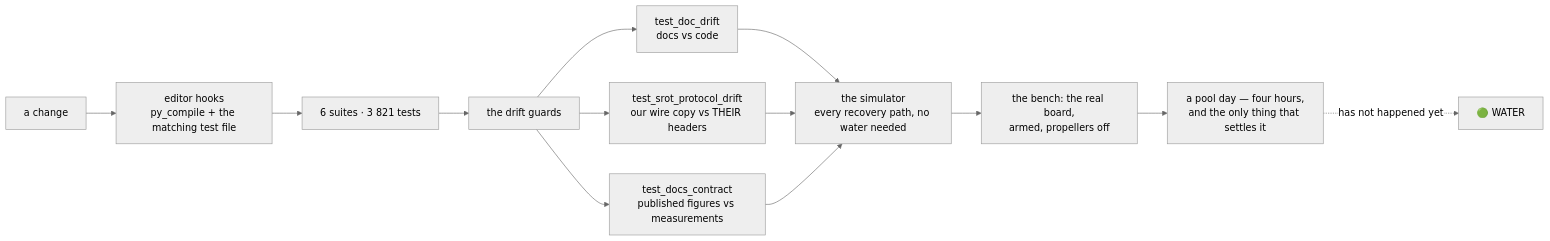
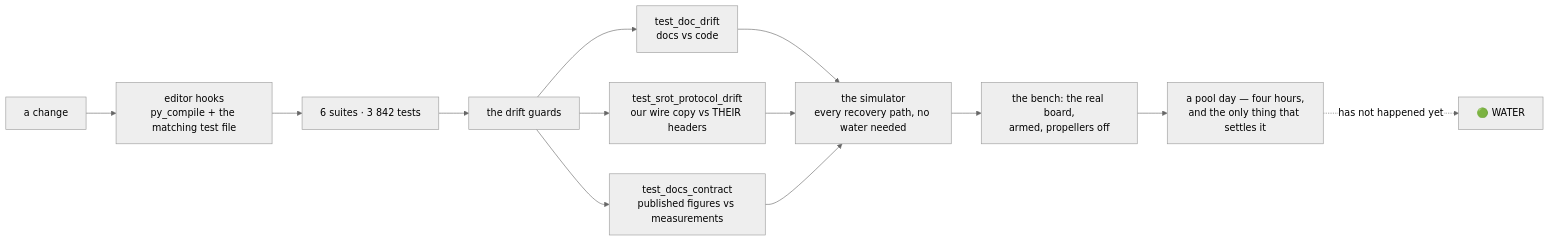
One commit to fh1m/mongla_ws changed the ninth of 10 diagrams in README.md. Above: the diagram before and after it, drawn with Mermaid (neutral theme). The commit also changed other lines of this file and 2 other files, not shown here.

````diff
--- a/README.md
+++ b/README.md
@@ -752,15 +752,15 @@
 ```mermaid
 flowchart LR
     DEV["a change"] --> HOOK["editor hooks<br/>py_compile + the matching test file"]
-    HOOK --> UNIT["6 suites · 3 821 tests"]
+    HOOK --> UNIT["6 suites · 3 842 tests"]
     UNIT --> GUARD["the drift guards"]
     GUARD --> G1["test_doc_drift<br/>docs vs code"]
     GUARD --> G2["test_srot_protocol_drift<br/>our wire copy vs THEIR headers"]
     GUARD --> G3["test_docs_contract<br/>published figures vs measurements"]
     G1 --> SIM["the simulator<br/>every recovery path, no water needed"]
     G2 --> SIM
     G3 --> SIM
     SIM --> BENCH["the bench: the real board,<br/>armed, propellers off"]
     BENCH --> POOL["a pool day — four hours,<br/>and the only thing that settles it"]
     POOL -.->|"has not happened yet"| WATER["🟢 WATER"]
 ```
````
